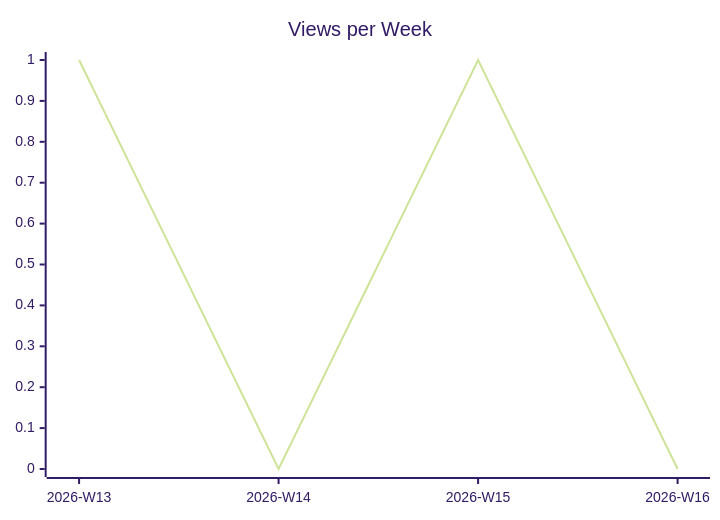
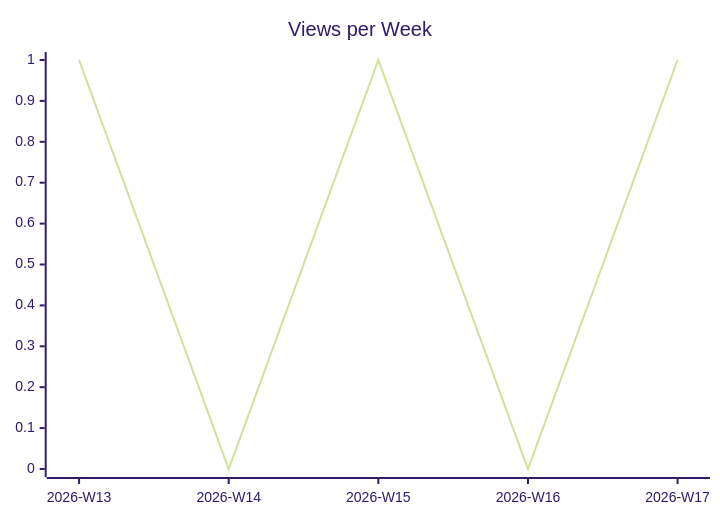
The second of 3 diagrams in karlmdavis/justdavis-finances/README.md (justdavis-family/github-analytics-data), drawn with Mermaid (forest theme) before and after one commit. The commit also changed other lines of this file and 198 other files, not shown here.

````diff
--- a/karlmdavis/justdavis-finances/README.md
+++ b/karlmdavis/justdavis-finances/README.md
@@ -12,6 +12,6 @@
 ```mermaid
 xychart-beta
   title "Views per Week"
-  x-axis ["2026-W13", "2026-W14", "2026-W15", "2026-W16"]
-  line [1, 0, 1, 0]
+  x-axis ["2026-W13", "2026-W14", "2026-W15", "2026-W16", "2026-W17"]
+  line [1, 0, 1, 0, 1]
 ```
````
